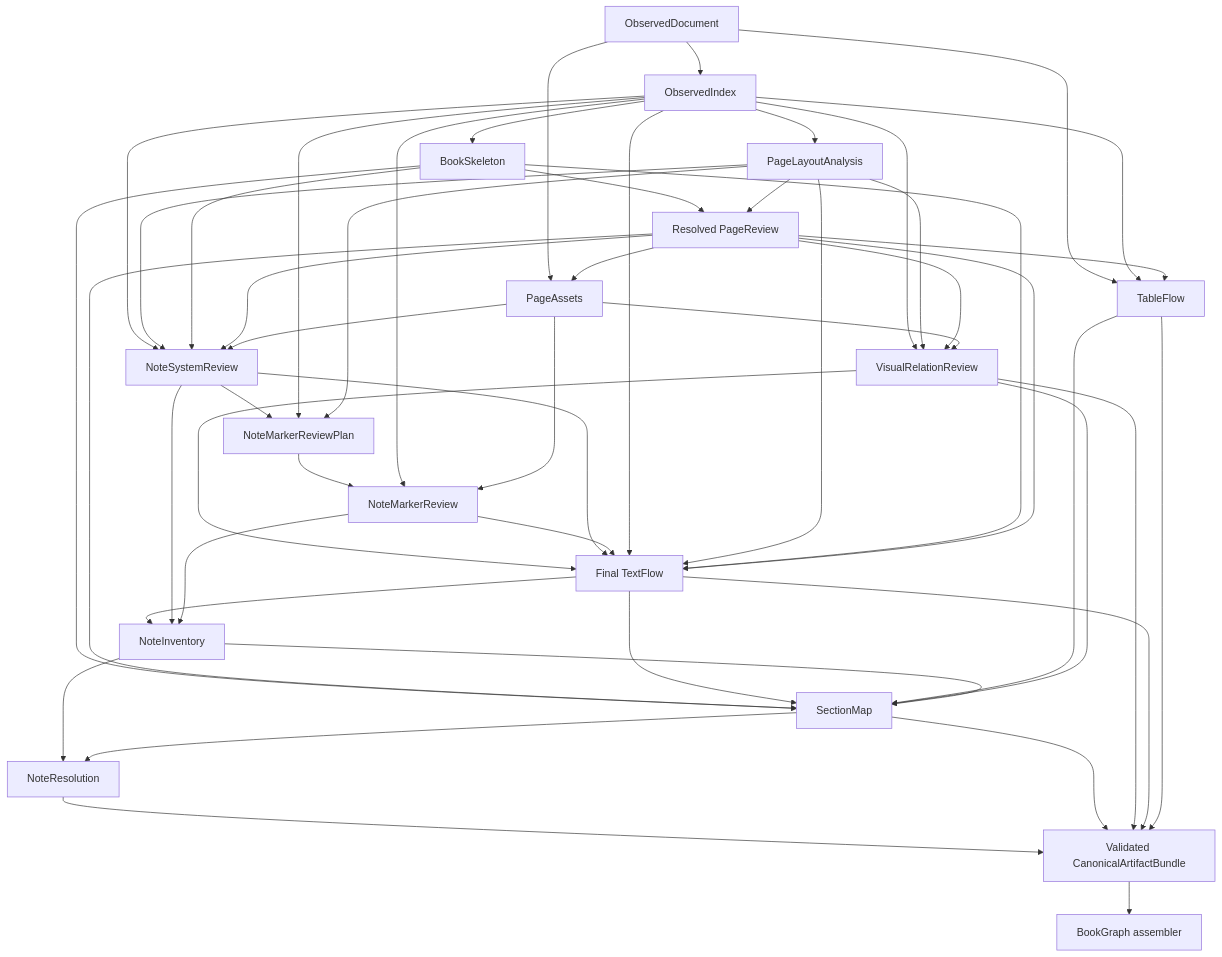
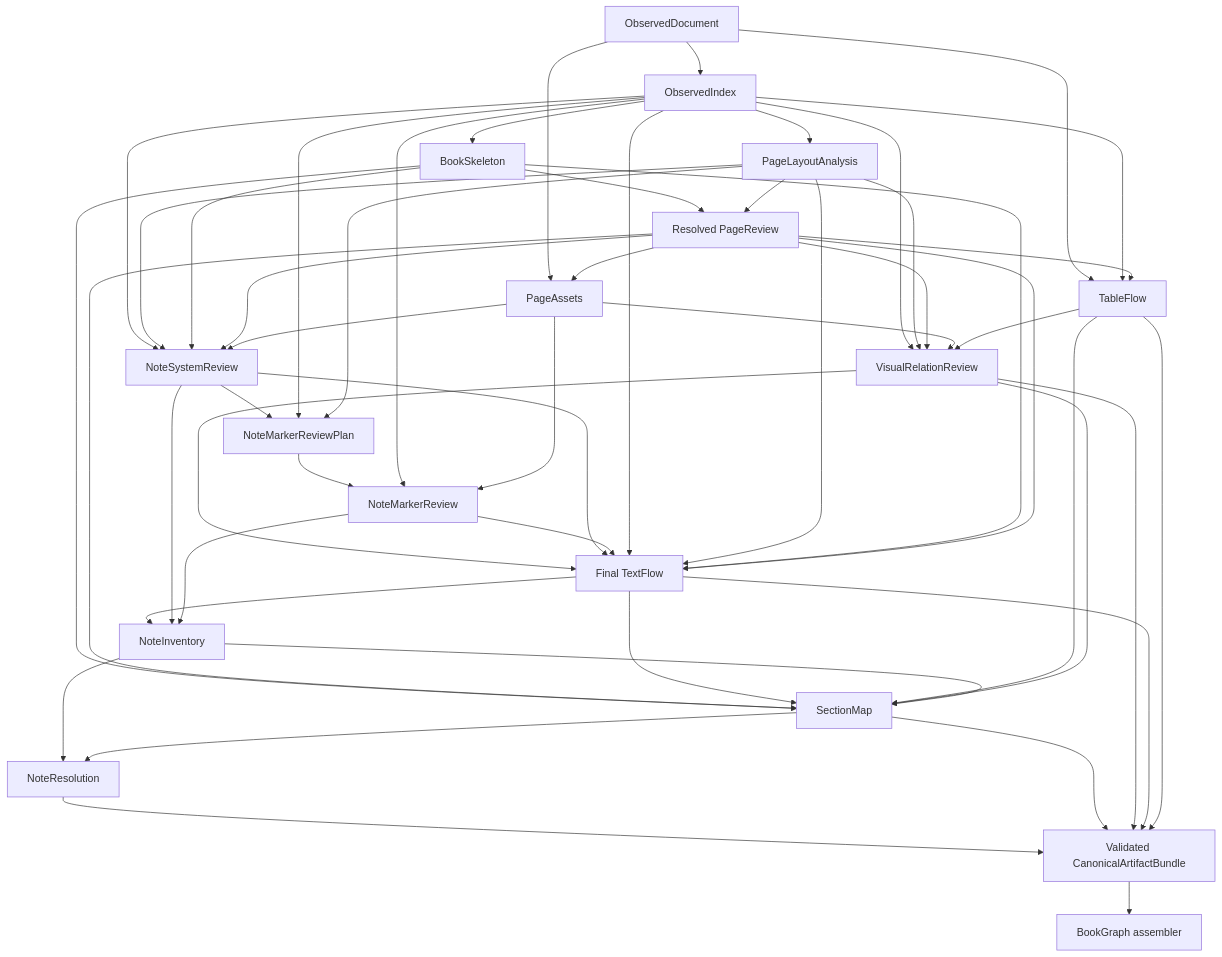
One commit to jenslewie/inkline changed the diagram in docs/bookgraph-upstream-artifact-contracts.md. Above: the diagram before and after it, drawn with Mermaid. The commit also changed other lines of this file and 18 other files, not shown here.

````diff
--- a/docs/bookgraph-upstream-artifact-contracts.md
+++ b/docs/bookgraph-upstream-artifact-contracts.md
@@ -32,70 +33,71 @@
 ```mermaid
 flowchart TD
     observed["ObservedDocument"]
     index["ObservedIndex"]
     layout["PageLayoutAnalysis"]
     skeleton["BookSkeleton"]
     review["Resolved PageReview"]
     assets["PageAssets"]
     visual["VisualRelationReview"]
     systems["NoteSystemReview"]
     plan["NoteMarkerReviewPlan"]
     markers["NoteMarkerReview"]
     text["Final TextFlow"]
     tables["TableFlow"]
     inventory["NoteInventory"]
     section["SectionMap"]
     resolution["NoteResolution"]
     bundle["Validated CanonicalArtifactBundle"]
     assembler["BookGraph assembler"]
 
     observed --> index
     index --> layout
     index --> skeleton
     skeleton --> review
     layout --> review
     observed --> assets
     review --> assets
     index --> visual
     layout --> visual
     review --> visual
     assets --> visual
     index --> systems
     layout --> systems
     skeleton --> systems
     review --> systems
     assets --> systems
     systems --> plan
     index --> plan
     layout --> plan
     plan --> markers
     index --> markers
     assets --> markers
     visual --> text
     systems --> text
     markers --> text
     index --> text
     layout --> text
     skeleton --> text
     review --> text
     observed --> tables
     index --> tables
     review --> tables
+    tables --> visual
     text --> inventory
     systems --> inventory
     markers --> inventory
     skeleton --> section
     review --> section
     text --> section
     tables --> section
     visual --> section
     inventory --> section
     inventory --> resolution
     section --> resolution
     resolution --> bundle
     section --> bundle
     visual --> bundle
     text --> bundle
     tables --> bundle
     bundle --> assembler
 ```
````
